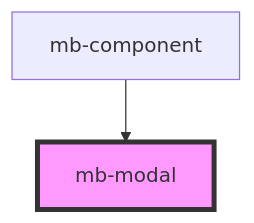
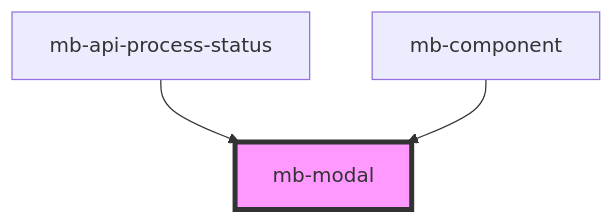
One commit to BlinkID/blinkid-in-browser changed the diagram in ui/docs/components/shared/mb-modal/readme.md. Above: the diagram before and after it, drawn with Mermaid. The commit also changed other lines of this file and 163 other files, not shown here.

````diff
--- a/ui/docs/components/shared/mb-modal/readme.md
+++ b/ui/docs/components/shared/mb-modal/readme.md
@@ -29,5 +33,6 @@
 ```mermaid
 graph TD;
+  mb-api-process-status --> mb-modal
   mb-component --> mb-modal
   style mb-modal fill:#f9f,stroke:#333,stroke-width:4px
 ```
````
